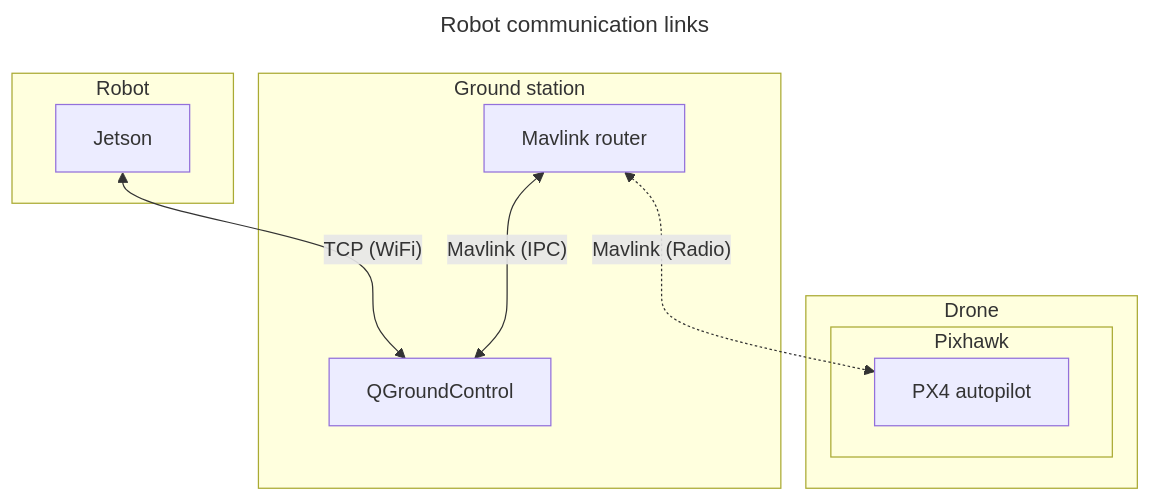
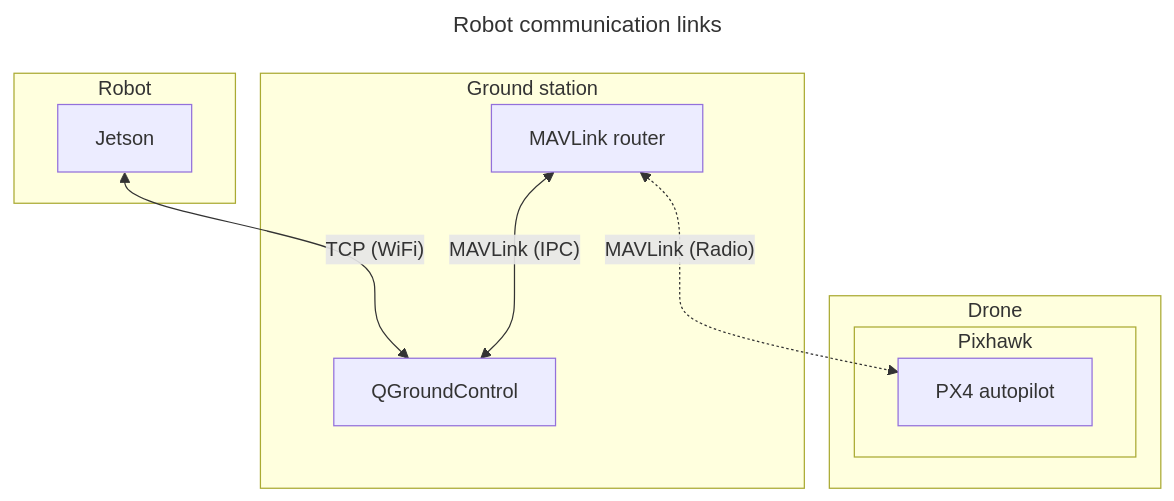
One commit to ttthi/bananas changed the third of 3 diagrams in ARCHITECTURE.md. Above: the diagram before and after it, drawn with Mermaid. The commit also changed other lines of this file, not shown here.

First line of the commit message:
Replace Mavlink with MAVLink

````diff
--- a/ARCHITECTURE.md
+++ b/ARCHITECTURE.md
@@ -78,25 +78,25 @@
 ```mermaid
 ---
 title: Robot communication links
 ---
 flowchart TB
     subgraph Drone
         subgraph Pixhawk
             px4[PX4 autopilot]
         end
     end
 
     subgraph Ground station
-        proxy[Mavlink router]
+        proxy[MAVLink router]
         qgc[QGroundControl]
 
-        proxy<-.->|"Mavlink (Radio)"|px4
-        proxy<-->|"Mavlink (IPC)"|qgc
+        proxy<-.->|"MAVLink (Radio)"|px4
+        proxy<-->|"MAVLink (IPC)"|qgc
     end
 
     subgraph Robot
         nano[Jetson]
 
         nano<-->|"TCP (WiFi)"|qgc
     end
 ```
````
